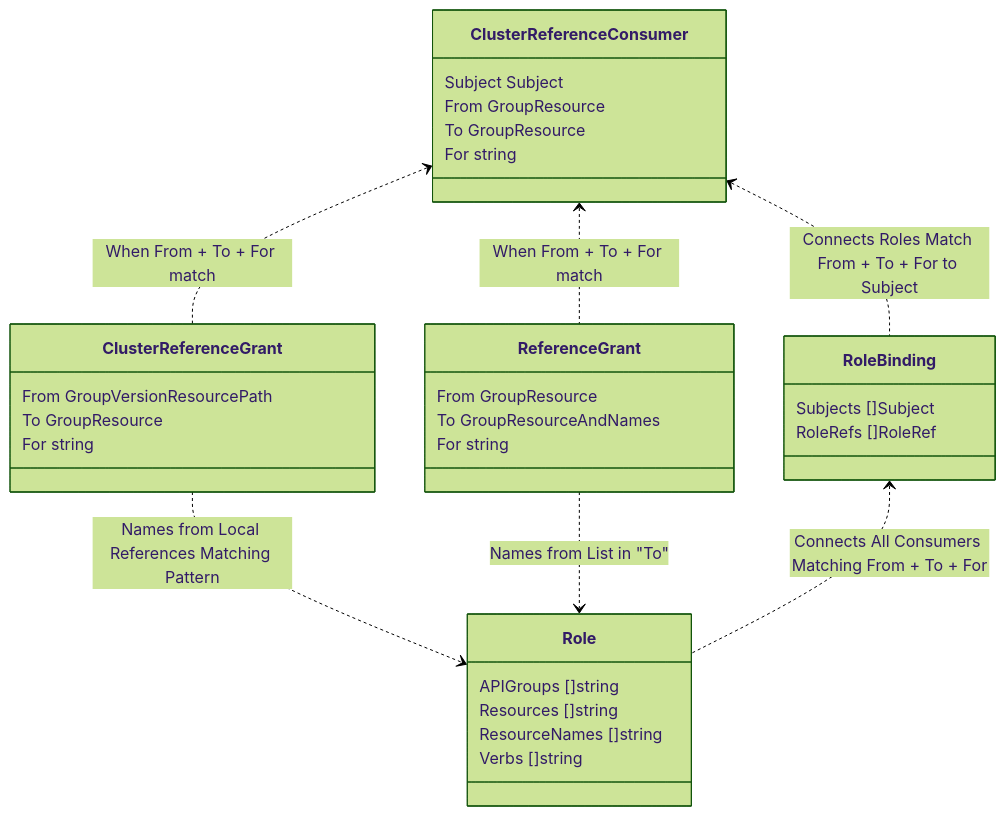
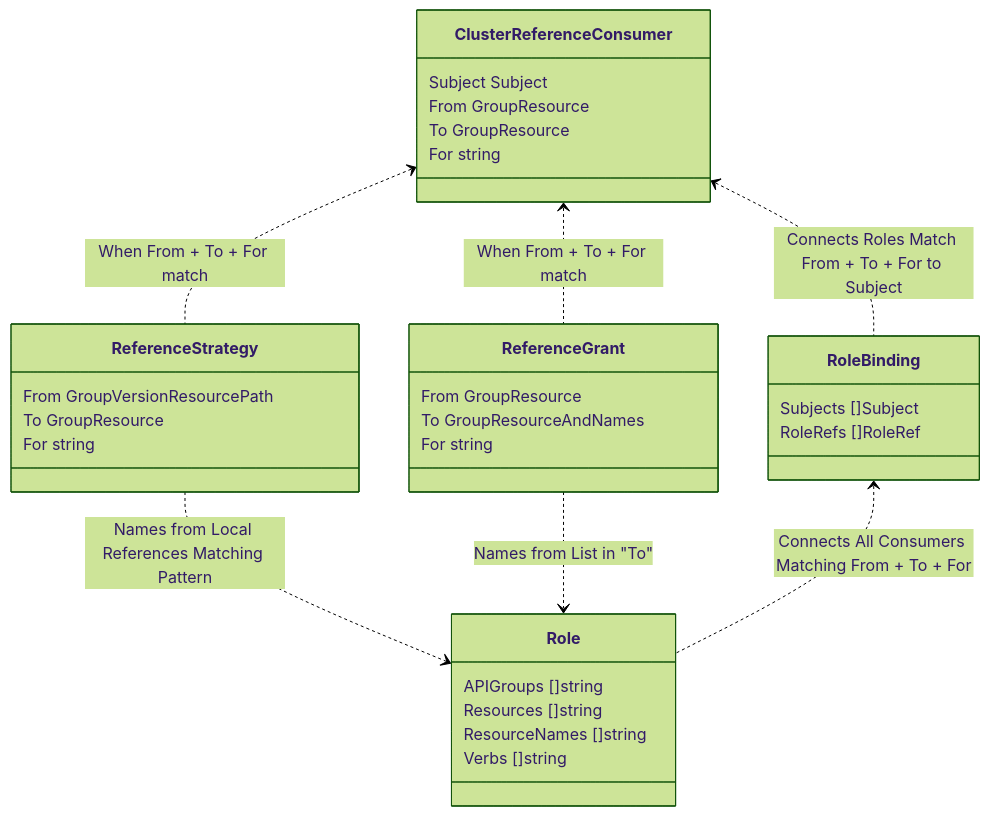
The second of 2 diagrams in keps/sig-auth/3766-referential-authorization/README.md (kubernetes/enhancements), drawn with Mermaid (forest theme) before and after one commit. The commit also changed other lines of this file, not shown here.

Commit message:
Rename ClusterReferenceGrant to ReferenceStrategy

````diff
--- a/keps/sig-auth/3766-referential-authorization/README.md
+++ b/keps/sig-auth/3766-referential-authorization/README.md
@@ -137,36 +137,36 @@
 ```mermaid
 classDiagram
-    ClusterReferenceConsumer <.. ClusterReferenceGrant : When From + To + For match
+    ClusterReferenceConsumer <.. ReferenceStrategy : When From + To + For match
     ClusterReferenceConsumer <.. ReferenceGrant : When From + To + For match
-    ClusterReferenceGrant ..> Role : Names from Local References Matching Pattern
+    ReferenceStrategy ..> Role : Names from Local References Matching Pattern
     ReferenceGrant ..> Role : Names from List in "To"
     ClusterReferenceConsumer <.. RoleBinding : Connects Roles Match From + To + For to Subject
     RoleBinding <.. Role : Connects All Consumers Matching From + To + For
 
     class ClusterReferenceConsumer{
         Subject Subject
         From GroupResource
         To GroupResource
         For string
     }
-    class ClusterReferenceGrant{
+    class ReferenceStrategy{
         From GroupVersionResourcePath
         To GroupResource
         For string
     }
     class ReferenceGrant{
         From GroupResource
         To GroupResourceAndNames
         For string
     }
     class RoleBinding{
         Subjects []Subject
         RoleRefs []RoleRef
     }
     class Role{
         APIGroups []string
         Resources []string
         ResourceNames []string
         Verbs []string
     }
 ```
````
